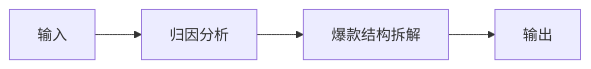
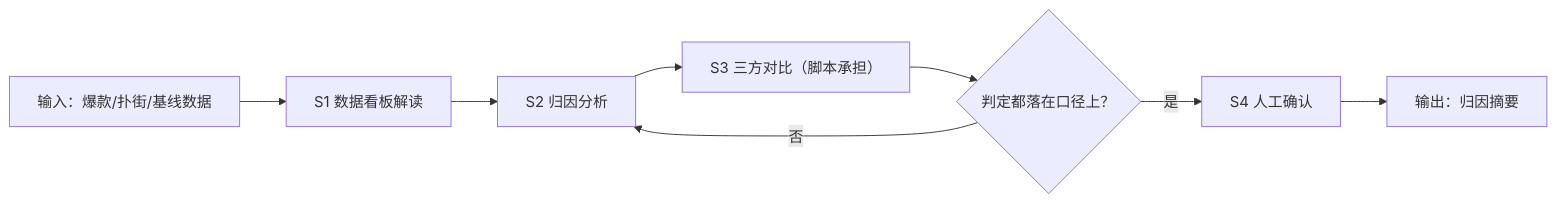
One commit to bangwozuo/data-recap-zh changed the diagram in workflows/hit-flop-attribution-flow/SKILL.md. Above: the diagram before and after it, drawn with Mermaid. The commit also changed other lines of this file and 57 other files, not shown here.

````diff
--- a/workflows/hit-flop-attribution-flow/SKILL.md
+++ b/workflows/hit-flop-attribution-flow/SKILL.md
@@ -27,10 +31,10 @@
 ```mermaid
 flowchart LR
-    IN["输入"]
-    S1["归因分析"]
-    S2["爆款结构拆解"]
-    OUT["输出"]
-    IN --> S1
-    S1 --> S2
-    S2 --> OUT
+    IN["输入：爆款/扑街/基线数据"] --> S1["S1 数据看板解读"]
+    S1 --> S2["S2 归因分析"]
+    S2 --> S3["S3 三方对比（脚本承担）"]
+    S3 --> Q{"判定都落在口径上？"}
+    Q -- 否 --> S2
+    Q -- 是 --> S4["S4 人工确认"]
+    S4 --> OUT["输出：归因摘要"]
 ```
````
